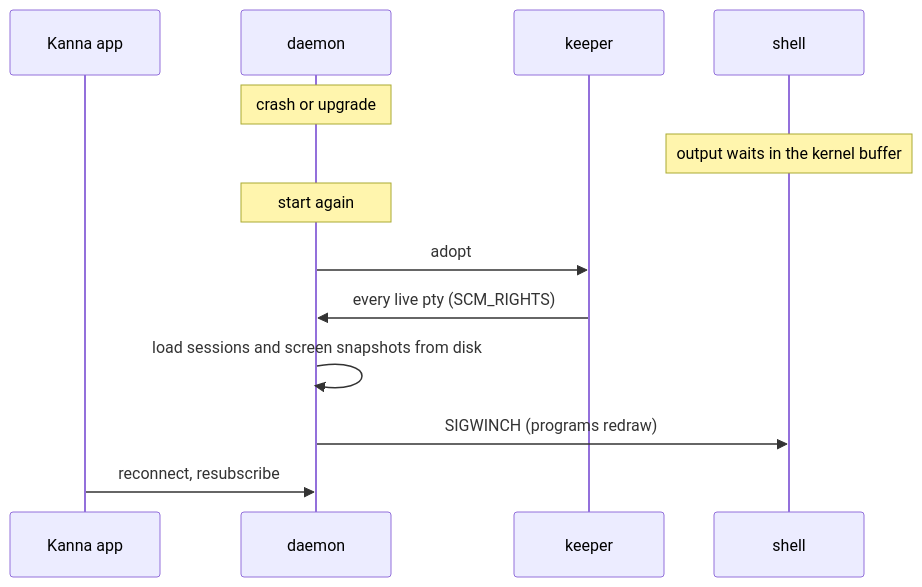
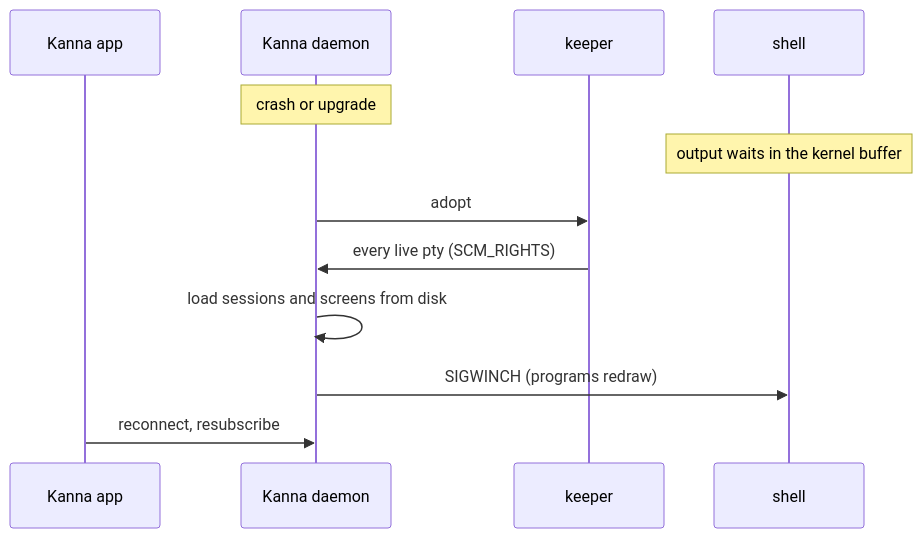
One commit to jemdiggity/kanna-v4 changed the eighth of 9 diagrams in docs/research/mux-architecture.md. Above: the diagram before and after it, drawn with Mermaid. The commit also changed other lines of this file, not shown here.

Commit message:
Mux architecture: kmux stays an app with libraries; Kanna owns the daemon and keeper, built on kmux's CLI shape and mux UI

````diff
--- a/docs/research/mux-architecture.md
+++ b/docs/research/mux-architecture.md
@@ -246,15 +233,14 @@
 ```mermaid
 sequenceDiagram
     participant A as Kanna app
-    participant D as daemon
+    participant D as Kanna daemon
     participant K as keeper
     participant S as shell
     Note over D: crash or upgrade
     Note over S: output waits in the kernel buffer
-    Note over D: start again
     D->>K: adopt
     K->>D: every live pty (SCM_RIGHTS)
-    D->>D: load sessions and screen snapshots from disk
+    D->>D: load sessions and screens from disk
     D->>S: SIGWINCH (programs redraw)
     A->>D: reconnect, resubscribe
 ```
````
